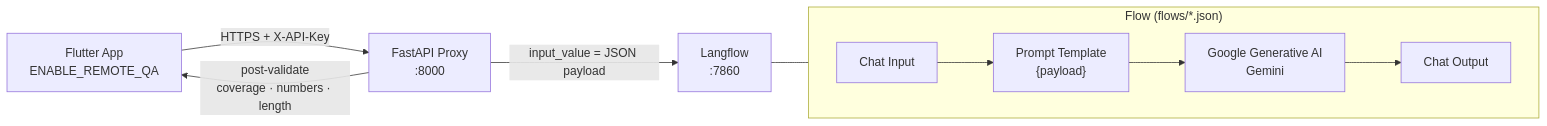
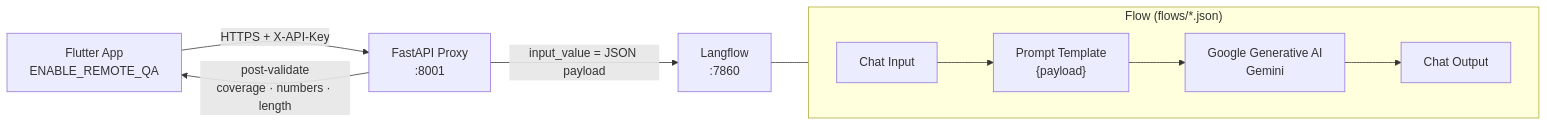
Before and after one commit to Nino231/visionassist_backend: the diagram in README.md, drawn with Mermaid. The commit also changed other lines of this file and 5 other files, not shown here.

````diff
--- a/README.md
+++ b/README.md
@@ -142,11 +142,11 @@
 ```mermaid
 flowchart LR
-    APP[Flutter App\nENABLE_REMOTE_QA] -->|HTTPS + X-API-Key| API[FastAPI Proxy\n:8000]
+    APP[Flutter App\nENABLE_REMOTE_QA] -->|HTTPS + X-API-Key| API[FastAPI Proxy\n:8001]
     API -->|input_value = JSON payload| LF[Langflow\n:7860]
     subgraph Flow["Flow (flows/*.json)"]
         direction LR
         CI[Chat Input] --> PT["Prompt Template\n{payload}"] --> LLM[Google Generative AI\nGemini] --> CO[Chat Output]
     end
     LF --- Flow
     API -->|post-validate\ncoverage · numbers · length| APP
 ```
````
